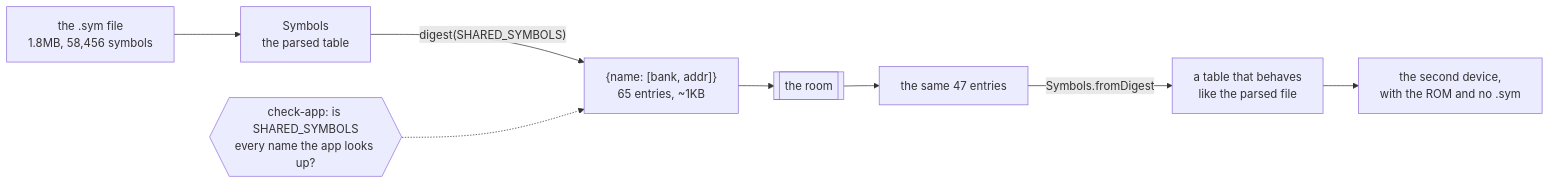
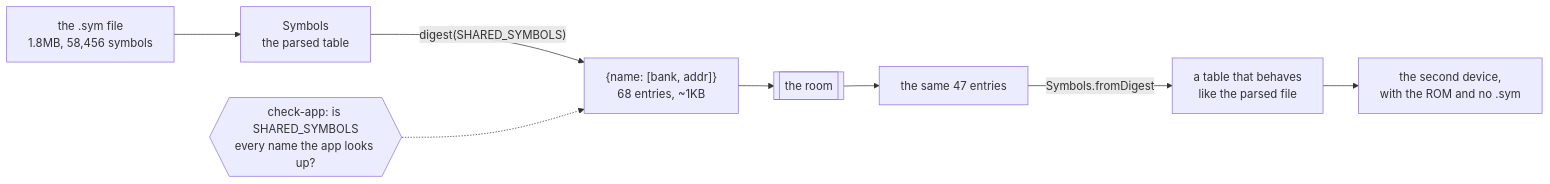
One commit to minormending/crystal-pilot-mobile changed diagram 48 of 49 in docs/CODE.md. Above: the diagram before and after it, drawn with Mermaid. The commit also changed other lines of this file and 4 other files, not shown here.

````diff
--- a/docs/CODE.md
+++ b/docs/CODE.md
@@ -6081,10 +6135,10 @@
 ```mermaid
 flowchart LR
     F["the .sym file<br/>1.8MB, 58,456 symbols"] --> S["Symbols<br/>the parsed table"]
-    S -->|"digest(SHARED_SYMBOLS)"| D["{name: [bank, addr]}<br/>65 entries, ~1KB"]
+    S -->|"digest(SHARED_SYMBOLS)"| D["{name: [bank, addr]}<br/>68 entries, ~1KB"]
     D --> R[["the room"]]
     R --> D2["the same 47 entries"]
     D2 -->|"Symbols.fromDigest"| T["a table that behaves<br/>like the parsed file"]
     T --> APP["the second device,<br/>with the ROM and no .sym"]
     C{{"check-app: is SHARED_SYMBOLS<br/>every name the app looks up?"}} -.-> D
 ```
````
